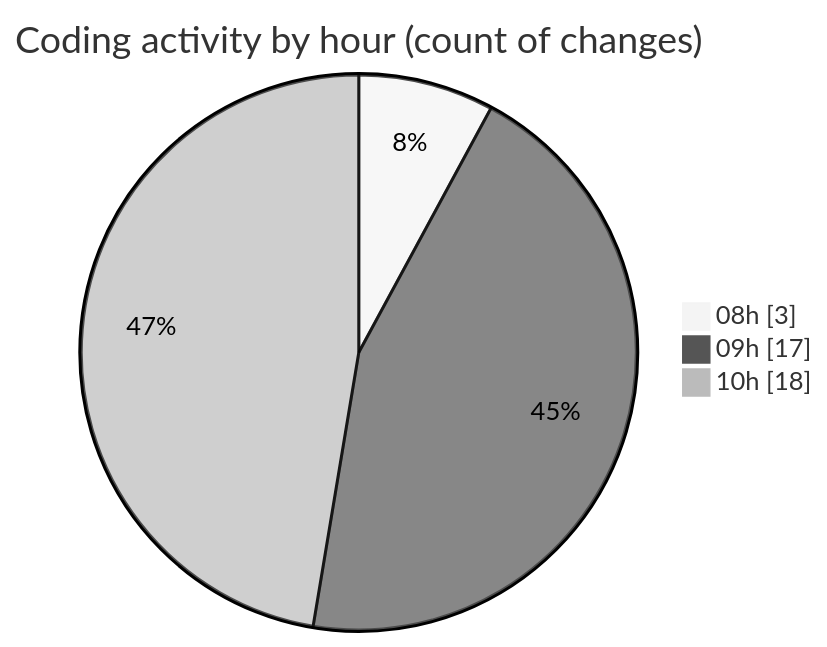
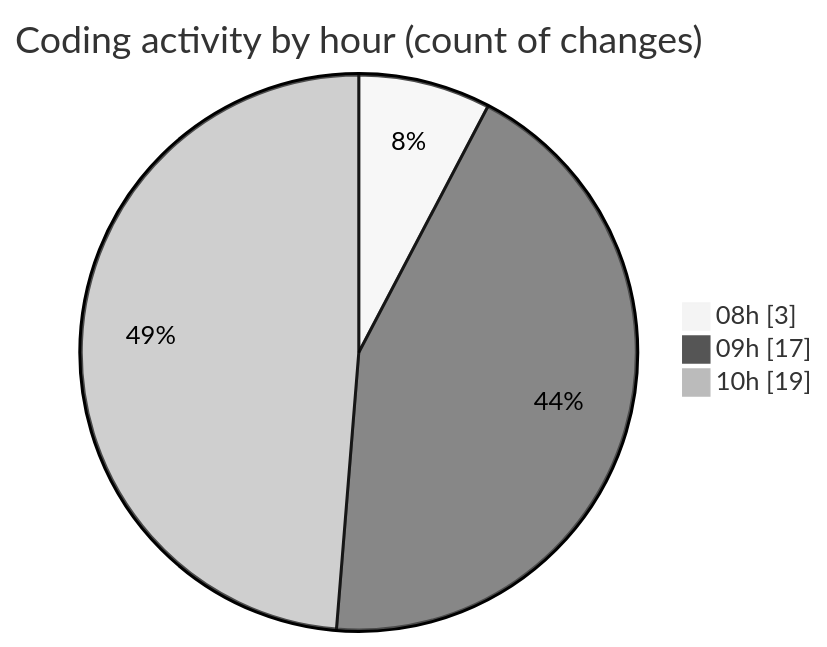
The second of 2 diagrams in 2025-10-22/eventscop-api-guide__workspace_/README.md (julien-gomy/code-tracking), drawn with Mermaid (neutral theme) before and after one commit. The commit also changed other lines of this file and 1 other file, not shown here.

````diff
--- a/2025-10-22/eventscop-api-guide__workspace_/README.md
+++ b/2025-10-22/eventscop-api-guide__workspace_/README.md
@@ -38,7 +38,7 @@
 ```mermaid
 pie showData
 title Coding activity by hour (count of changes)
 "08h" : 3
 "09h" : 17
-"10h" : 18
+"10h" : 19
 ```
````
